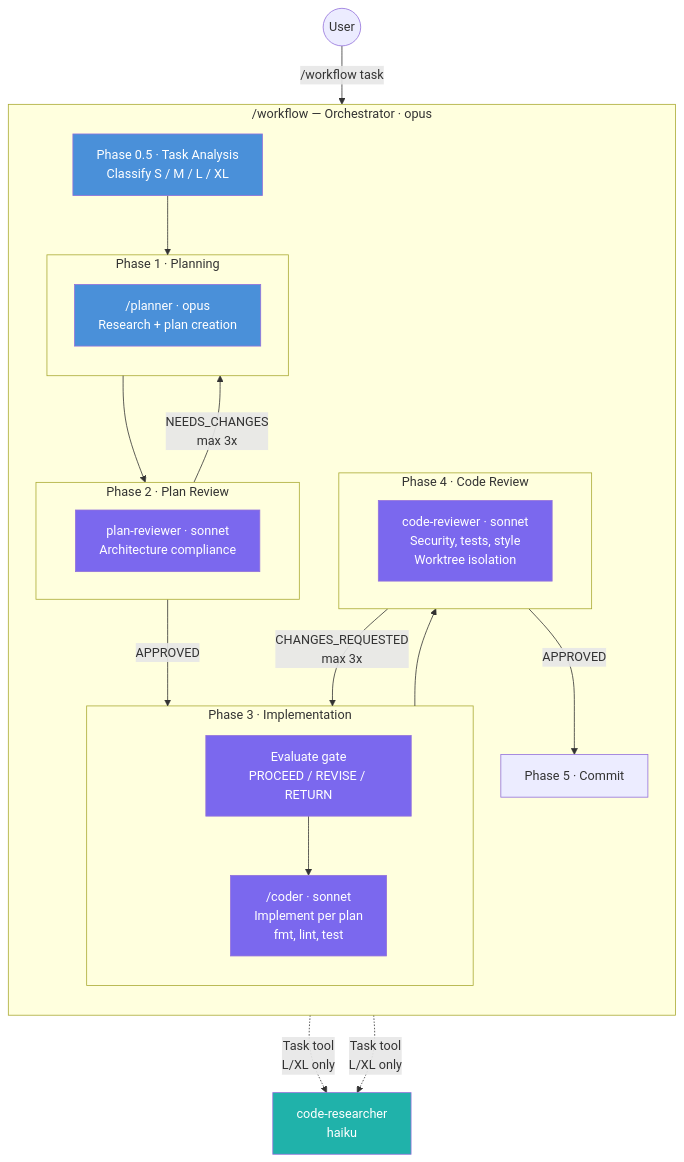
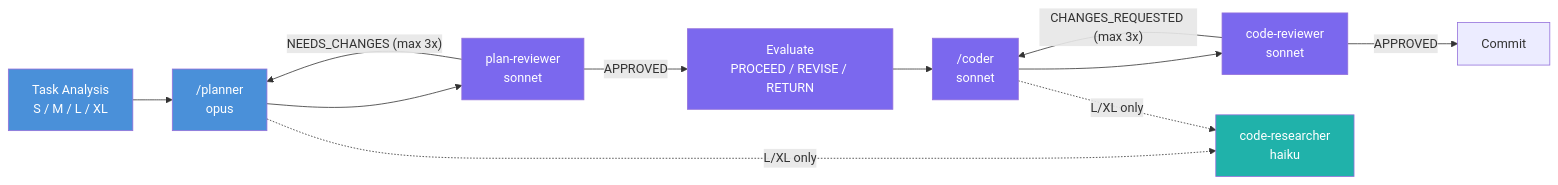
One commit to hex0xdeadbeef/claude-kit changed the first of 4 diagrams in README.md. Above: the diagram before and after it, drawn with Mermaid. The commit also changed other lines of this file, not shown here.

````diff
--- a/README.md
+++ b/README.md
@@ -178,49 +178,23 @@
 ```mermaid
-flowchart TB
-    USER((User)) -->|/workflow task| WF
+flowchart LR
+    TA["Task Analysis<br/>S / M / L / XL"] --> PL["/planner<br/>opus"]
+    PL --> PR["plan-reviewer<br/>sonnet"]
+    PR -->|APPROVED| EV["Evaluate<br/>PROCEED / REVISE / RETURN"]
+    EV --> CO["/coder<br/>sonnet"]
+    CO --> CR["code-reviewer<br/>sonnet"]
+    CR -->|APPROVED| DONE["Commit"]
 
-    subgraph WF ["/workflow — Orchestrator · opus"]
-        direction TB
-        TA[Phase 0.5 · Task Analysis<br/>Classify S / M / L / XL]
+    PR -->|"NEEDS_CHANGES (max 3x)"| PL
+    CR -->|"CHANGES_REQUESTED (max 3x)"| CO
 
-        subgraph PLAN [Phase 1 · Planning]
-            PL["/planner · opus<br/>Research + plan creation"]
-        end
+    PL -.->|"L/XL only"| RES["code-researcher<br/>haiku"]
+    CO -.->|"L/XL only"| RES
 
-        subgraph REVIEW1 [Phase 2 · Plan Review]
-            PR["plan-reviewer · sonnet<br/>Architecture compliance"]
-        end
-
-        subgraph IMPL [Phase 3 · Implementation]
-            EV[Evaluate gate<br/>PROCEED / REVISE / RETURN]
-            CO["/coder · sonnet<br/>Implement per plan<br/>fmt, lint, test"]
-            EV --> CO
-        end
-
-        subgraph REVIEW2 [Phase 4 · Code Review]
-            CR["code-reviewer · sonnet<br/>Security, tests, style<br/>Worktree isolation"]
-        end
-
-        DONE[Phase 5 · Commit]
-
-        TA --> PLAN
-        PLAN --> REVIEW1
-        REVIEW1 -->|APPROVED| IMPL
-        IMPL --> REVIEW2
-        REVIEW2 -->|APPROVED| DONE
-
-        REVIEW1 -->|NEEDS_CHANGES<br/>max 3x| PLAN
-        REVIEW2 -->|CHANGES_REQUESTED<br/>max 3x| IMPL
-    end
-
-    PL -.->|Task tool<br/>L/XL only| RES[code-researcher<br/>haiku]
-    CO -.->|Task tool<br/>L/XL only| RES
-
-    classDef opus fill:#4a90d9,color:#fff
-    classDef sonnet fill:#7b68ee,color:#fff
-    classDef haiku fill:#20b2aa,color:#fff
-
-    class TA,PL opus
-    class PR,CO,CR,EV sonnet
-    class RES haiku
+    style TA fill:#4a90d9,color:#fff
+    style PL fill:#4a90d9,color:#fff
+    style PR fill:#7b68ee,color:#fff
+    style EV fill:#7b68ee,color:#fff
+    style CO fill:#7b68ee,color:#fff
+    style CR fill:#7b68ee,color:#fff
+    style RES fill:#20b2aa,color:#fff
 ```
````
